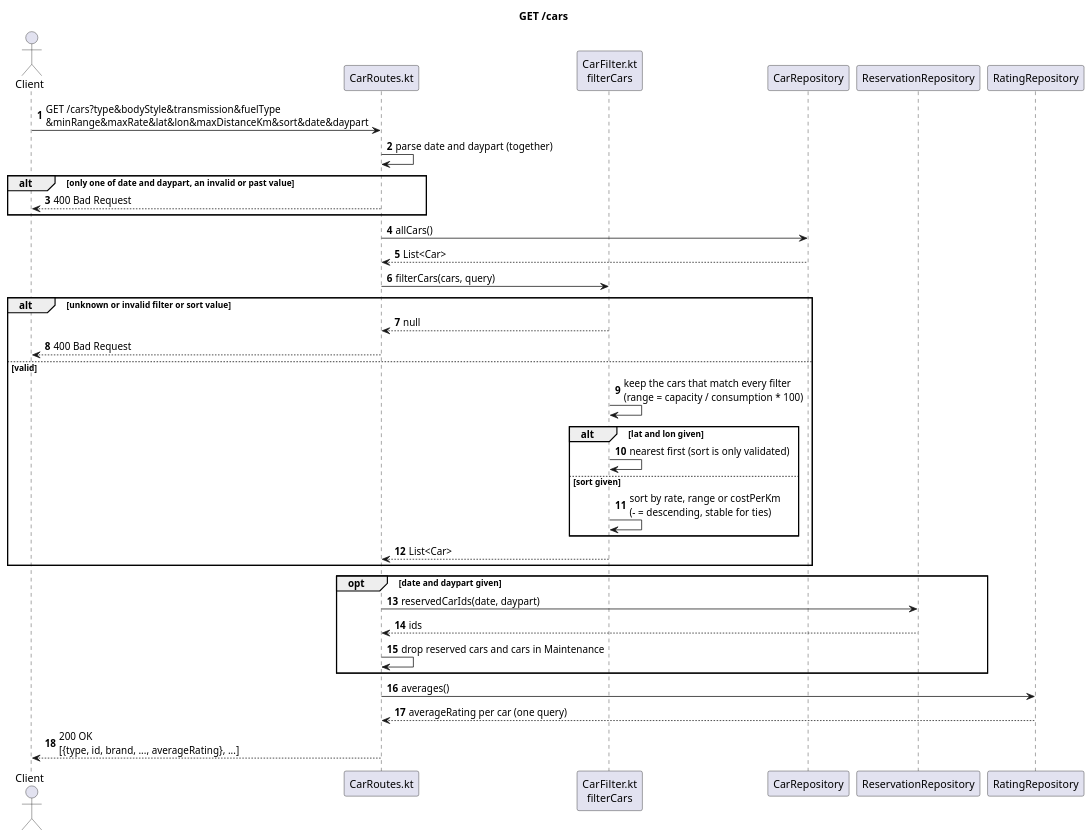
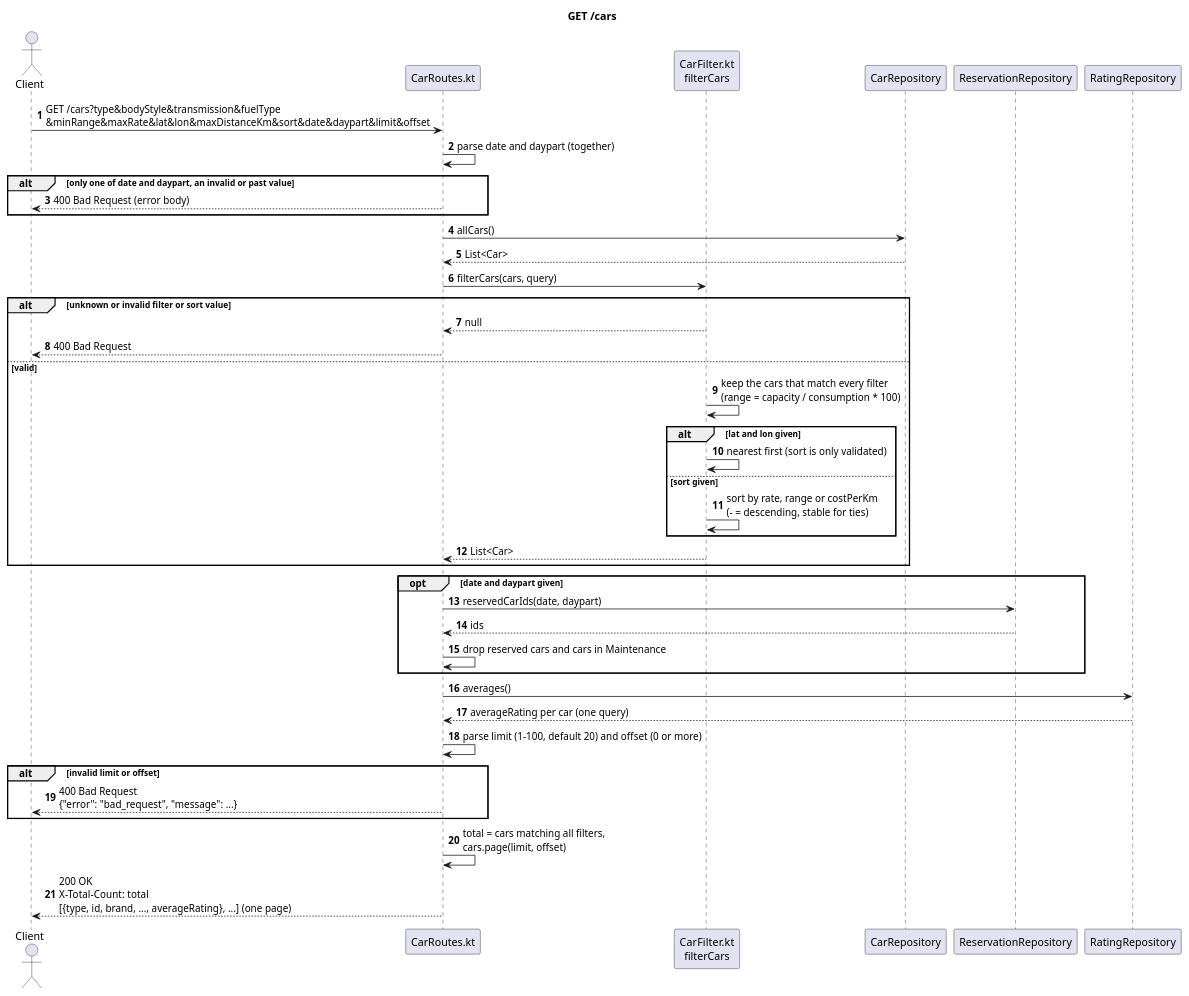
The diagram in docs/diagrams/sequence-get-cars.puml (Rent-a-car-38291/rent-a-car), drawn with PlantUML before and after one commit. The commit also changed 36 other files, not shown here.

First line of the commit message:
feat: page the lists and give every error the same body (#126)

```diff
--- a/docs/diagrams/sequence-get-cars.puml
+++ b/docs/diagrams/sequence-get-cars.puml
@@ -1,41 +1,46 @@
 @startuml
 title GET /cars
 autonumber
 
 actor Client
 participant "CarRoutes.kt" as Route
 participant "CarFilter.kt\nfilterCars" as Filter
 participant "CarRepository" as Repo
 participant "ReservationRepository" as Reservations
 participant "RatingRepository" as Ratings
 
-Client -> Route : GET /cars?type&bodyStyle&transmission&fuelType\n&minRange&maxRate&lat&lon&maxDistanceKm&sort&date&daypart
+Client -> Route : GET /cars?type&bodyStyle&transmission&fuelType\n&minRange&maxRate&lat&lon&maxDistanceKm&sort&date&daypart&limit&offset
 Route -> Route : parse date and daypart (together)
 alt only one of date and daypart, an invalid or past value
-  Route --> Client : 400 Bad Request
+  Route --> Client : 400 Bad Request (error body)
 end
 Route -> Repo : allCars()
 Repo --> Route : List<Car>
 Route -> Filter : filterCars(cars, query)
 alt unknown or invalid filter or sort value
   Filter --> Route : null
   Route --> Client : 400 Bad Request
 else valid
   Filter -> Filter : keep the cars that match every filter\n(range = capacity / consumption * 100)
   alt lat and lon given
     Filter -> Filter : nearest first (sort is only validated)
   else sort given
     Filter -> Filter : sort by rate, range or costPerKm\n(- = descending, stable for ties)
   end
   Filter --> Route : List<Car>
 end
 opt date and daypart given
   Route -> Reservations : reservedCarIds(date, daypart)
   Reservations --> Route : ids
   Route -> Route : drop reserved cars and cars in Maintenance
 end
 Route -> Ratings : averages()
 Ratings --> Route : averageRating per car (one query)
-Route --> Client : 200 OK\n[{type, id, brand, ..., averageRating}, ...]
+Route -> Route : parse limit (1-100, default 20) and offset (0 or more)
+alt invalid limit or offset
+  Route --> Client : 400 Bad Request\n{"error": "bad_request", "message": ...}
+end
+Route -> Route : total = cars matching all filters,\ncars.page(limit, offset)
+Route --> Client : 200 OK\nX-Total-Count: total\n[{type, id, brand, ..., averageRating}, ...] (one page)
 
 @enduml
```
